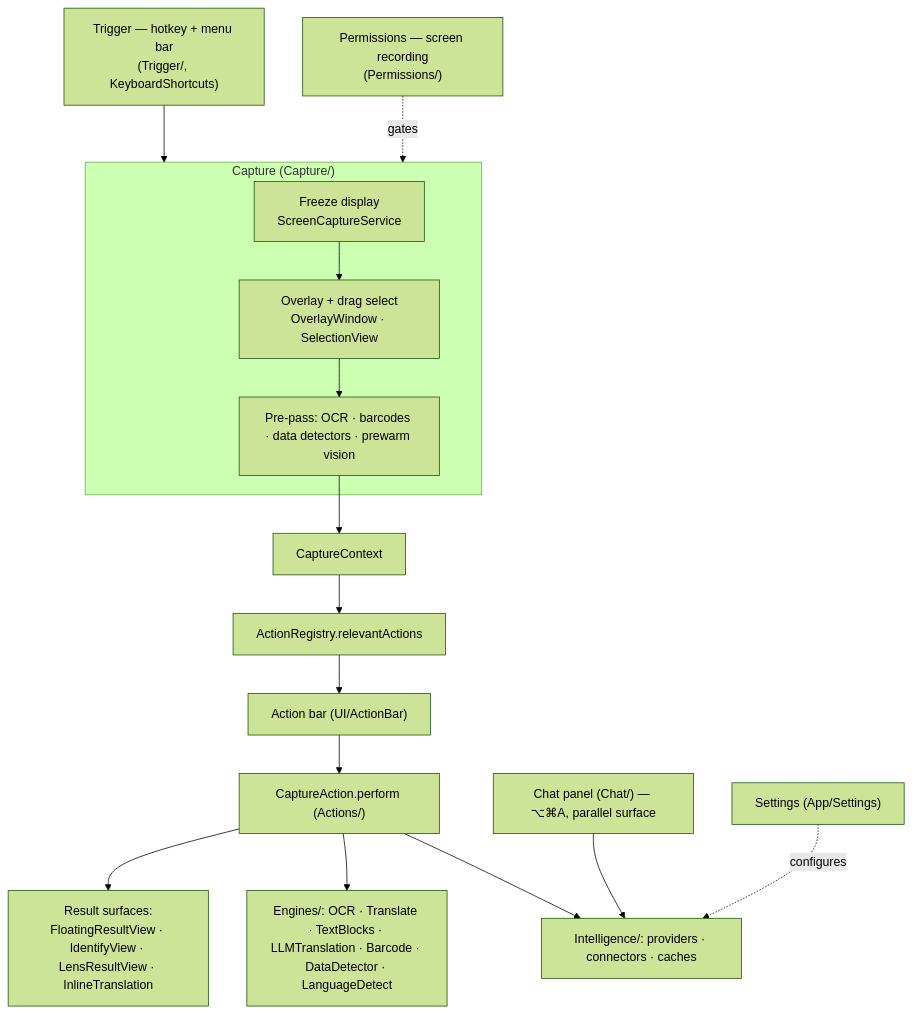
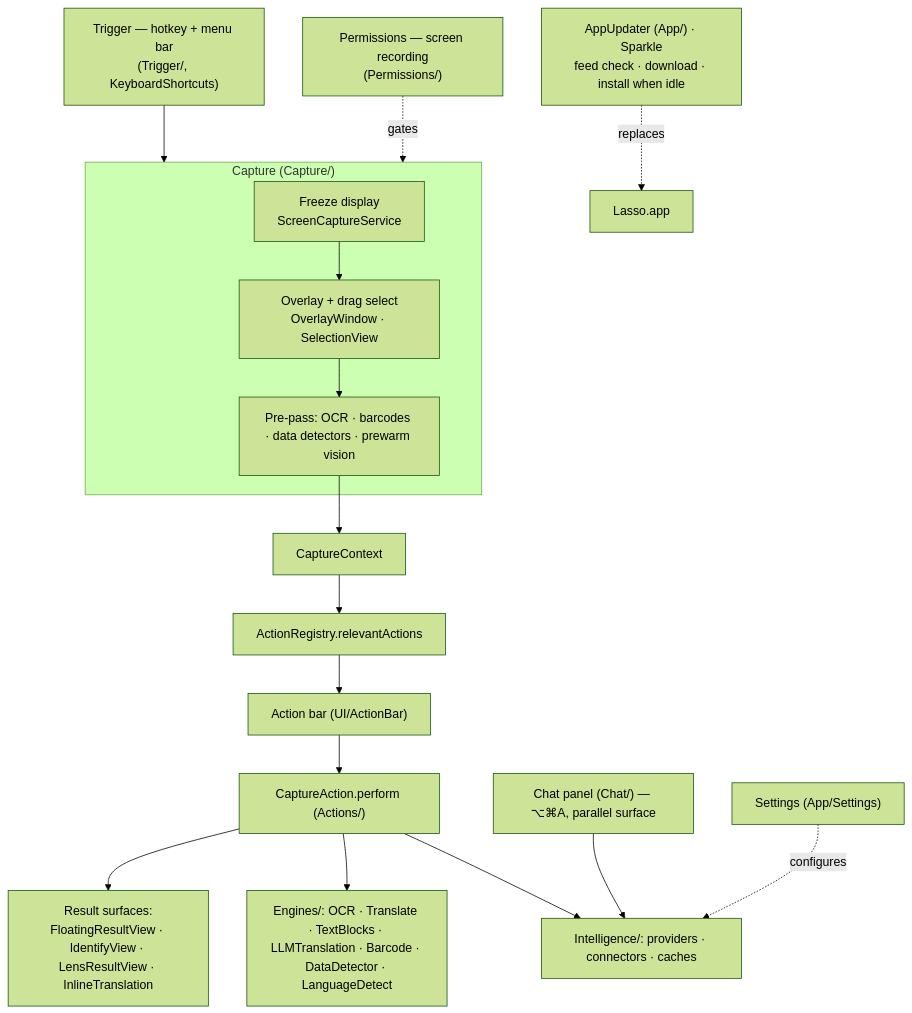
Before and after one commit to civarry/lasso-app: the first of 10 diagrams in docs/APP_FLOW.md, drawn with Mermaid (forest theme). The commit also changed other lines of this file and 1 other file, not shown here.

Commit message:
Docs: how Lasso updates itself

````diff
--- a/docs/APP_FLOW.md
+++ b/docs/APP_FLOW.md
@@ -15,22 +15,23 @@
 ```mermaid
 flowchart TD
   Trigger["Trigger — hotkey + menu bar<br/>(Trigger/, KeyboardShortcuts)"] --> Capture
   Perms["Permissions — screen recording<br/>(Permissions/)"] -.gates.-> Capture
 
   subgraph Capture["Capture (Capture/)"]
     Freeze["Freeze display<br/>ScreenCaptureService"] --> Select["Overlay + drag select<br/>OverlayWindow · SelectionView"]
     Select --> PrePass["Pre-pass: OCR · barcodes · data detectors · prewarm vision"]
   end
 
   PrePass --> Ctx[CaptureContext]
   Ctx --> Registry["ActionRegistry.relevantActions"]
   Registry --> Bar["Action bar (UI/ActionBar)"]
   Bar --> Actions["CaptureAction.perform (Actions/)"]
 
   Actions --> Engines["Engines/: OCR · Translate · TextBlocks · LLMTranslation · Barcode · DataDetector · LanguageDetect"]
   Actions --> Intel["Intelligence/: providers · connectors · caches"]
   Actions --> Result["Result surfaces:<br/>FloatingResultView · IdentifyView · LensResultView · InlineTranslation"]
 
   Chat["Chat panel (Chat/) — ⌥⌘A, parallel surface"] --> Intel
   Settings["Settings (App/Settings)"] -.configures.-> Intel
+  Updater["AppUpdater (App/) · Sparkle<br/>feed check · download · install when idle"] -.replaces.-> AppBundle["Lasso.app"]
 ```
````
